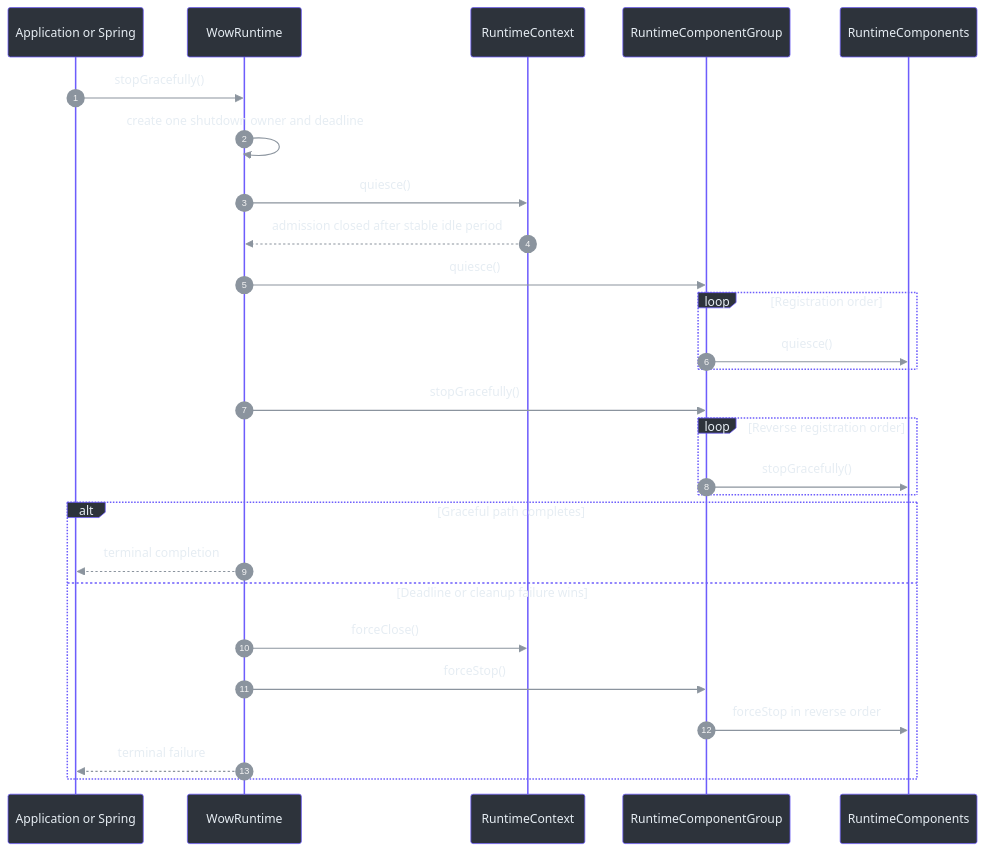
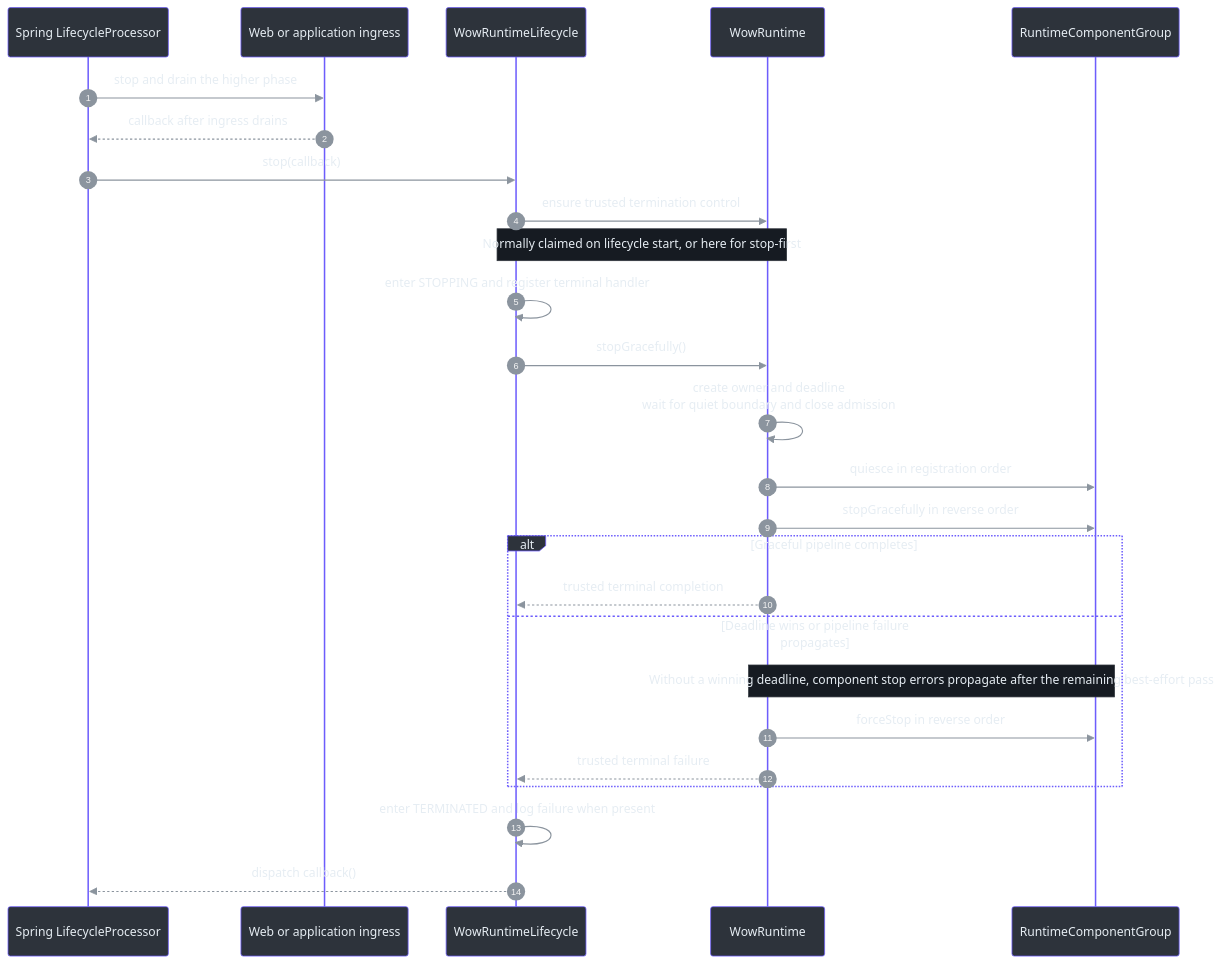
One commit to Ahoo-Wang/Wow changed the fifth of 5 diagrams in documentation/docs/en/guide/advanced/runtime-lifecycle.md. Above: the diagram before and after it, drawn with Mermaid. The commit also changed other lines of this file and 55 other files, not shown here.

````diff
--- a/documentation/docs/en/guide/advanced/runtime-lifecycle.md
+++ b/documentation/docs/en/guide/advanced/runtime-lifecycle.md
@@ -233,31 +273,30 @@
 ```mermaid
 %%{init: {"theme":"base","themeVariables":{"actorBkg":"#2d333b","actorBorder":"#6d5dfc","actorTextColor":"#e6edf3","signalColor":"#8b949e","signalTextColor":"#e6edf3","noteBkgColor":"#161b22","noteBorderColor":"#30363d","noteTextColor":"#e6edf3","labelBoxBkgColor":"#2d333b","labelBoxBorderColor":"#6d5dfc","labelTextColor":"#e6edf3"}}}%%
 sequenceDiagram
     autonumber
-    participant Owner as Application or Spring
+    participant Spring as Spring LifecycleProcessor
+    participant Ingress as Web or application ingress
+    participant Lifecycle as WowRuntimeLifecycle
     participant Runtime as WowRuntime
-    participant Context as RuntimeContext
     participant Group as RuntimeComponentGroup
-    participant Components as RuntimeComponents
 
-    Owner->>Runtime: stopGracefully()
-    Runtime->>Runtime: create one shutdown owner and deadline
-    Runtime->>Context: quiesce()
-    Context-->>Runtime: admission closed after stable idle period
-    Runtime->>Group: quiesce()
-    loop Registration order
-        Group->>Components: quiesce()
+    Spring->>Ingress: stop and drain the higher phase
+    Ingress-->>Spring: callback after ingress drains
+    Spring->>Lifecycle: stop(callback)
+    Lifecycle->>Runtime: ensure trusted termination control
+    Note over Lifecycle,Runtime: Normally claimed on lifecycle start, or here for stop-first
+    Lifecycle->>Lifecycle: enter STOPPING and register terminal handler
+    Lifecycle->>Runtime: stopGracefully()
+    Runtime->>Runtime: create owner and deadline<br/>wait for quiet boundary and close admission
+    Runtime->>Group: quiesce in registration order
+    Runtime->>Group: stopGracefully in reverse order
+    alt Graceful pipeline completes
+        Runtime-->>Lifecycle: trusted terminal completion
+    else Deadline wins or pipeline failure propagates
+        Note over Runtime,Group: Without a winning deadline, component stop errors propagate after the remaining best-effort pass
+        Runtime->>Group: forceStop in reverse order
+        Runtime-->>Lifecycle: trusted terminal failure
     end
-    Runtime->>Group: stopGracefully()
-    loop Reverse registration order
-        Group->>Components: stopGracefully()
-    end
-    alt Graceful path completes
-        Runtime-->>Owner: terminal completion
-    else Deadline or cleanup failure wins
-        Runtime->>Context: forceClose()
-        Runtime->>Group: forceStop()
-        Group->>Components: forceStop in reverse order
-        Runtime-->>Owner: terminal failure
-    end
+    Lifecycle->>Lifecycle: enter TERMINATED and log failure when present
+    Lifecycle-->>Spring: dispatch callback()
 ```
````
